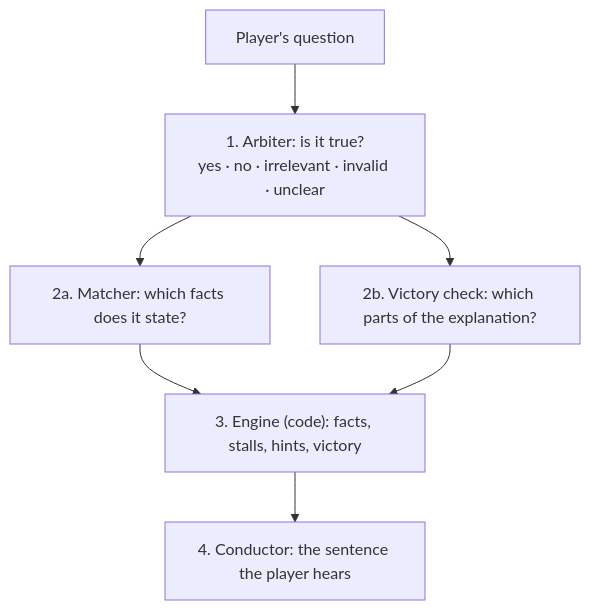
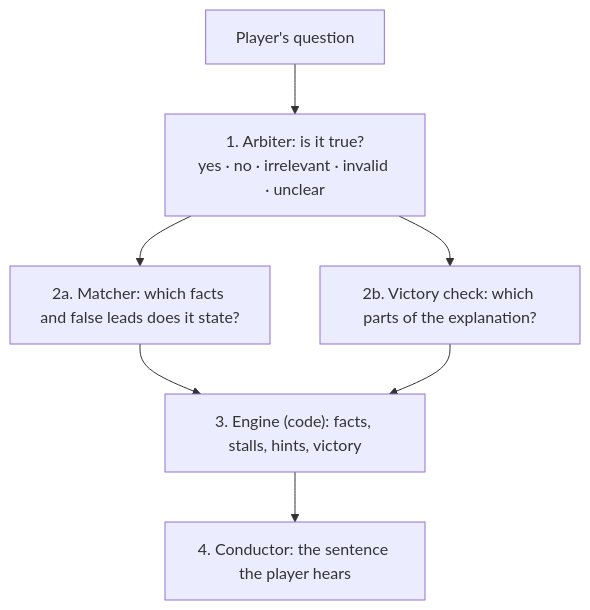
The diagram in README.md (Schiruzz/lateral-thinking-riddle), drawn with Mermaid before and after one commit. The commit also changed other lines of this file and 1 other file, not shown here.

````diff
--- a/README.md
+++ b/README.md
@@ -35,9 +37,9 @@
 ```mermaid
 flowchart TD
     Q["Player's question"] --> A["1. Arbiter: is it true?<br/>yes · no · irrelevant · invalid · unclear"]
-    A --> M["2a. Matcher: which facts does it state?"]
+    A --> M["2a. Matcher: which facts and false leads does it state?"]
     A --> V["2b. Victory check: which parts of the explanation?"]
     M --> E["3. Engine (code): facts, stalls, hints, victory"]
     V --> E
     E --> C["4. Conductor: the sentence the player hears"]
 ```
````
